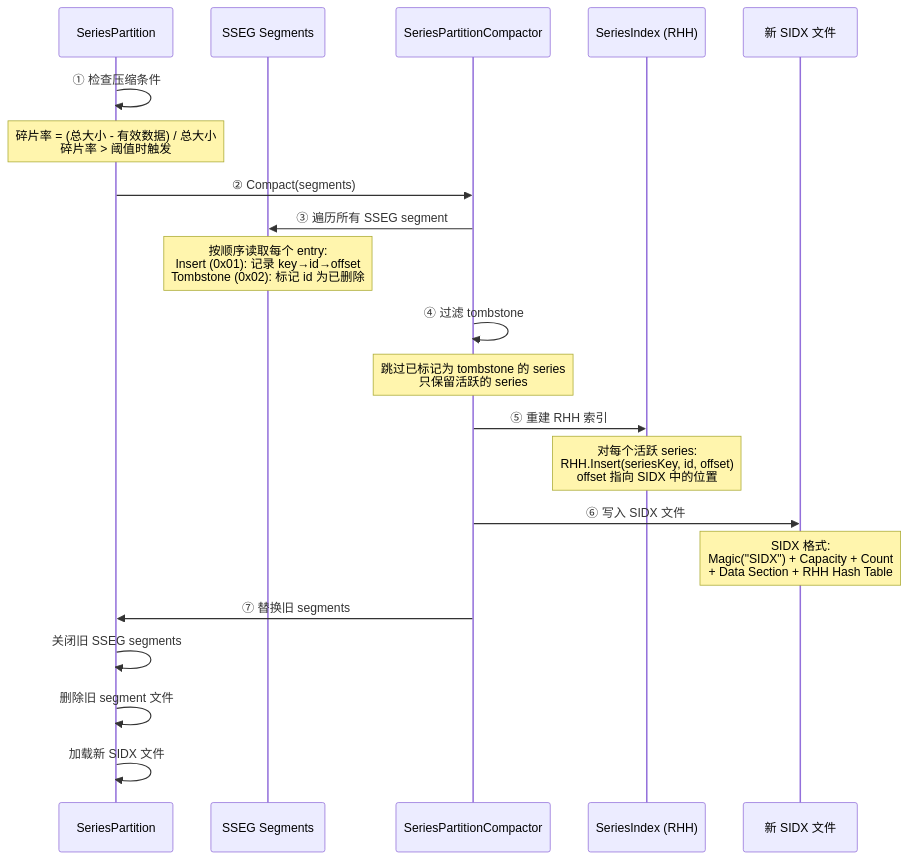
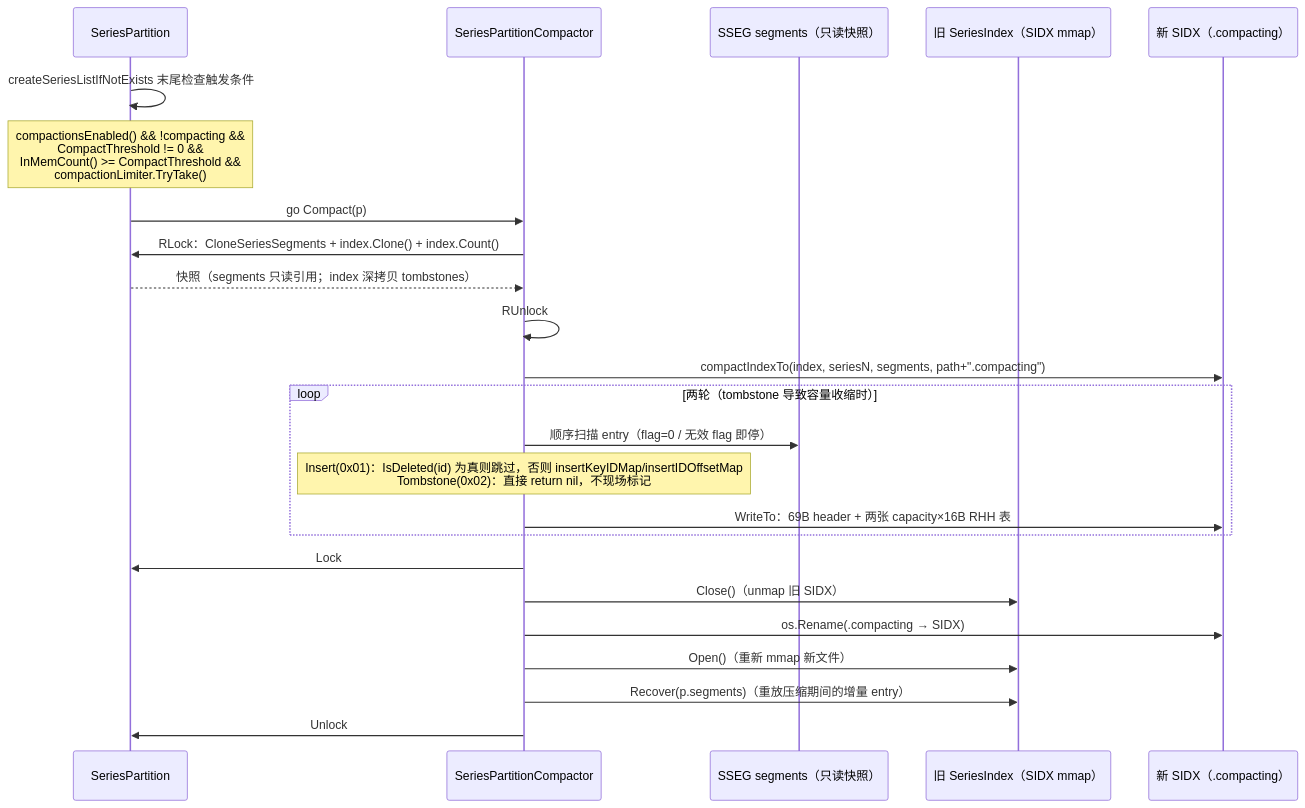
One commit to stefanv5/influxdb changed diagram 11 of 16 in docs/specs/02_index_system_spec.md. Above: the diagram before and after it, drawn with Mermaid. The commit also changed other lines of this file and 16 other files, not shown here.

First line of the commit message:
docs: correct and deepen the 17 architecture specs

````diff
--- a/docs/specs/02_index_system_spec.md
+++ b/docs/specs/02_index_system_spec.md
@@ -1124,29 +1685,30 @@
 ```mermaid
 sequenceDiagram
-    participant Partition as SeriesPartition
-    participant Segs as SSEG Segments
-    participant Compactor as SeriesPartitionCompactor
-    participant Index as SeriesIndex (RHH)
-    participant SIDX as 新 SIDX 文件
+    participant P as SeriesPartition
+    participant C as SeriesPartitionCompactor
+    participant Seg as SSEG segments（只读快照）
+    participant Old as 旧 SeriesIndex（SIDX mmap）
+    participant New as 新 SIDX（.compacting）
 
-    Partition->>Partition: ① 检查压缩条件
-    Note over Partition: 碎片率 = (总大小 - 有效数据) / 总大小<br>碎片率 > 阈值时触发
+    P->>P: createSeriesListIfNotExists 末尾检查触发条件
+    Note over P: compactionsEnabled() && !compacting &&<br/>CompactThreshold != 0 &&<br/>InMemCount() >= CompactThreshold &&<br/>compactionLimiter.TryTake()
 
-    Partition->>Compactor: ② Compact(segments)
-    Compactor->>Segs: ③ 遍历所有 SSEG segment
-    Note over Segs: 按顺序读取每个 entry:<br>Insert (0x01): 记录 key→id→offset<br>Tombstone (0x02): 标记 id 为已删除
+    P->>C: go Compact(p)
+    C->>P: RLock：CloneSeriesSegments + index.Clone() + index.Count()
+    P-->>C: 快照（segments 只读引用；index 深拷贝 tombstones）
+    C->>C: RUnlock
 
-    Compactor->>Compactor: ④ 过滤 tombstone
-    Note over Compactor: 跳过已标记为 tombstone 的 series<br>只保留活跃的 series
+    C->>New: compactIndexTo(index, seriesN, segments, path+".compacting")
+    loop 两轮（tombstone 导致容量收缩时）
+        C->>Seg: 顺序扫描 entry（flag=0 / 无效 flag 即停）
+        Note over C: Insert(0x01)：IsDeleted(id) 为真则跳过，否则 insertKeyIDMap/insertIDOffsetMap<br/>Tombstone(0x02)：直接 return nil，不现场标记
+        C->>New: WriteTo：69B header + 两张 capacity×16B RHH 表
+    end
 
-    Compactor->>Index: ⑤ 重建 RHH 索引
-    Note over Index: 对每个活跃 series:<br>RHH.Insert(seriesKey, id, offset)<br>offset 指向 SIDX 中的位置
-
-    Compactor->>SIDX: ⑥ 写入 SIDX 文件
-    Note over SIDX: SIDX 格式:<br>Magic("SIDX") + Capacity + Count<br>+ Data Section + RHH Hash Table
-
-    Compactor->>Partition: ⑦ 替换旧 segments
-    Partition->>Partition: 关闭旧 SSEG segments
-    Partition->>Partition: 删除旧 segment 文件
-    Partition->>Partition: 加载新 SIDX 文件
+    C->>P: Lock
+    C->>Old: Close()（unmap 旧 SIDX）
+    C->>New: os.Rename(.compacting → SIDX)
+    C->>Old: Open()（重新 mmap 新文件）
+    C->>Old: Recover(p.segments)（重放压缩期间的增量 entry）
+    C->>P: Unlock
 ```
````
